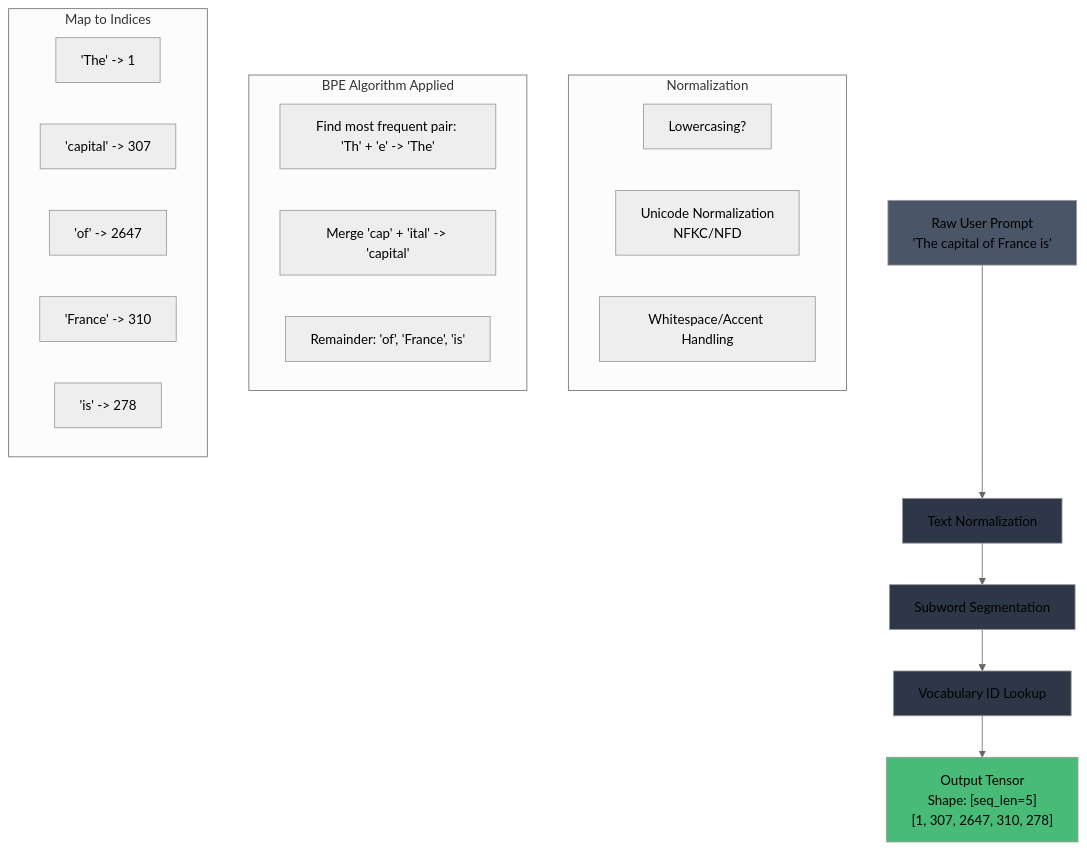
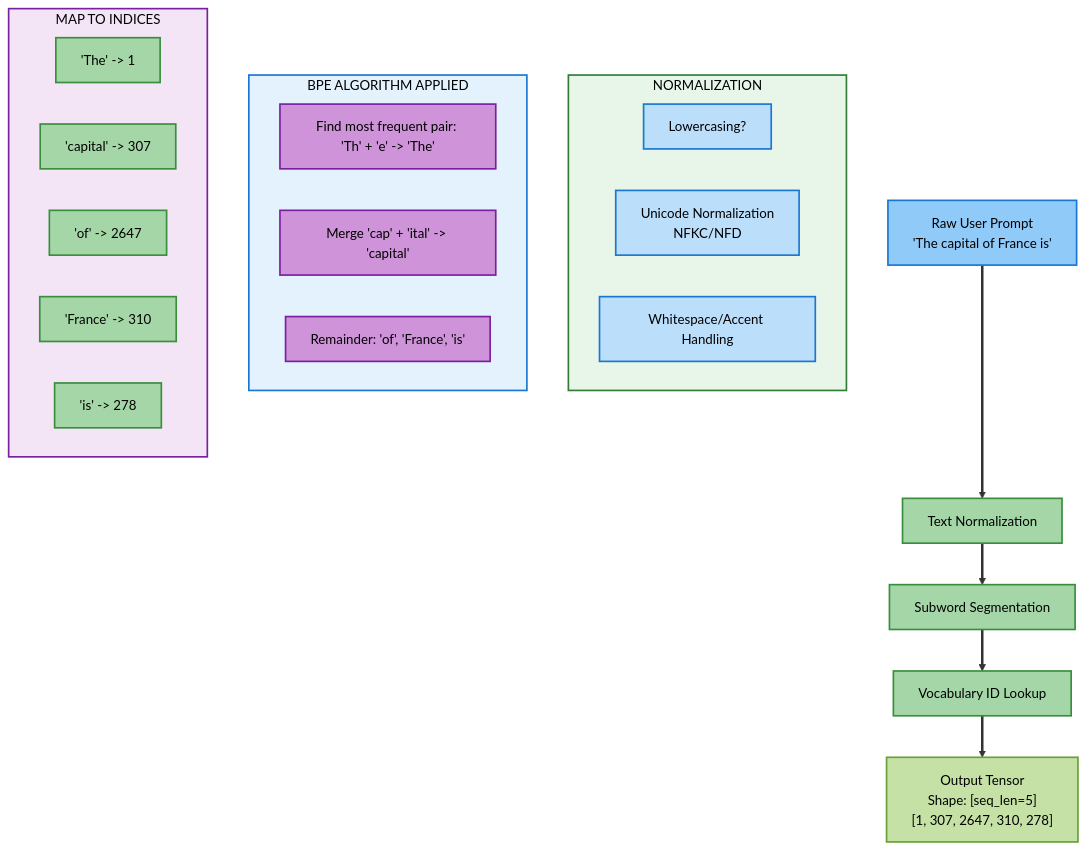
One commit to Shahriarin2garden/vllm_from_scratch changed the first of 9 diagrams in lab0.1/README.md. Above: the diagram before and after it, drawn with Mermaid (neutral theme). The commit also changed other lines of this file and 2 other files, not shown here.

````diff
--- a/lab0.1/README.md
+++ b/lab0.1/README.md
@@ -28,35 +28,51 @@
 ```mermaid
 flowchart TD
     A["Raw User Prompt<br/>'The capital of France is'"] --> B_Node[Text Normalization];
     B_Node --> C_Node[Subword Segmentation];
     C_Node --> D_Node[Vocabulary ID Lookup];
 
-    subgraph B_Subgraph [Normalization]
+    subgraph B_Subgraph [" NORMALIZATION "]
         B1[Lowercasing?]
         B2[Unicode Normalization<br/>NFKC/NFD]
         B3[Whitespace/Accent Handling]
     end
 
-    subgraph C_Subgraph [BPE Algorithm Applied]
+    subgraph C_Subgraph [" BPE ALGORITHM APPLIED "]
         C1["Find most frequent pair: 'Th' + 'e' -> 'The'"]
         C2["Merge 'cap' + 'ital' -> 'capital'"]
         C3["Remainder: 'of', 'France', 'is'"]
     end
 
-    subgraph D_Subgraph [Map to Indices]
+    subgraph D_Subgraph [" MAP TO INDICES "]
         D1["'The' -> 1"]
         D2["'capital' -> 307"]
         D3["'of' -> 2647"]
         D4["'France' -> 310"]
         D5["'is' -> 278"]
     end
 
     D_Node --> E["Output Tensor<br/>Shape: [seq_len=5]<br/>[1, 307, 2647, 310, 278]"];
 
-    style A fill:#4a5568
-    style B_Node fill:#2d3748
-    style C_Node fill:#2d3748
-    style D_Node fill:#2d3748
-    style E fill:#48bb78
+    linkStyle default stroke:#333,stroke-width:3px
+
+    style A fill:#90caf9,stroke:#1976d2,stroke-width:2px,color:#000
+    style B_Node fill:#a5d6a7,stroke:#388e3c,stroke-width:2px,color:#000
+    style C_Node fill:#a5d6a7,stroke:#388e3c,stroke-width:2px,color:#000
+    style D_Node fill:#a5d6a7,stroke:#388e3c,stroke-width:2px,color:#000
+    style E fill:#c5e1a5,stroke:#689f38,stroke-width:2px,color:#000
+    style B_Subgraph fill:#e8f5e9,stroke:#2e7d32,stroke-width:2px,color:#000
+    style C_Subgraph fill:#e3f2fd,stroke:#1976d2,stroke-width:2px,color:#000
+    style D_Subgraph fill:#f3e5f5,stroke:#7b1fa2,stroke-width:2px,color:#000
+    style B1 fill:#bbdefb,stroke:#1976d2,stroke-width:2px,color:#000
+    style B2 fill:#bbdefb,stroke:#1976d2,stroke-width:2px,color:#000
+    style B3 fill:#bbdefb,stroke:#1976d2,stroke-width:2px,color:#000
+    style C1 fill:#ce93d8,stroke:#7b1fa2,stroke-width:2px,color:#000
+    style C2 fill:#ce93d8,stroke:#7b1fa2,stroke-width:2px,color:#000
+    style C3 fill:#ce93d8,stroke:#7b1fa2,stroke-width:2px,color:#000
+    style D1 fill:#a5d6a7,stroke:#388e3c,stroke-width:2px,color:#000
+    style D2 fill:#a5d6a7,stroke:#388e3c,stroke-width:2px,color:#000
+    style D3 fill:#a5d6a7,stroke:#388e3c,stroke-width:2px,color:#000
+    style D4 fill:#a5d6a7,stroke:#388e3c,stroke-width:2px,color:#000
+    style D5 fill:#a5d6a7,stroke:#388e3c,stroke-width:2px,color:#000
 
 ```
````
